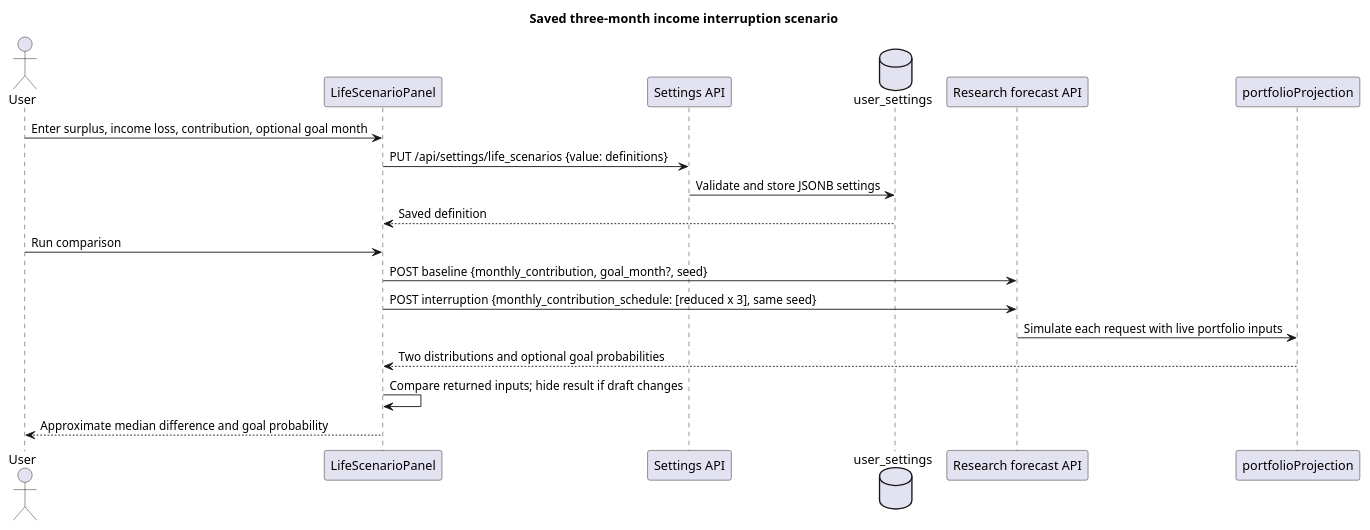
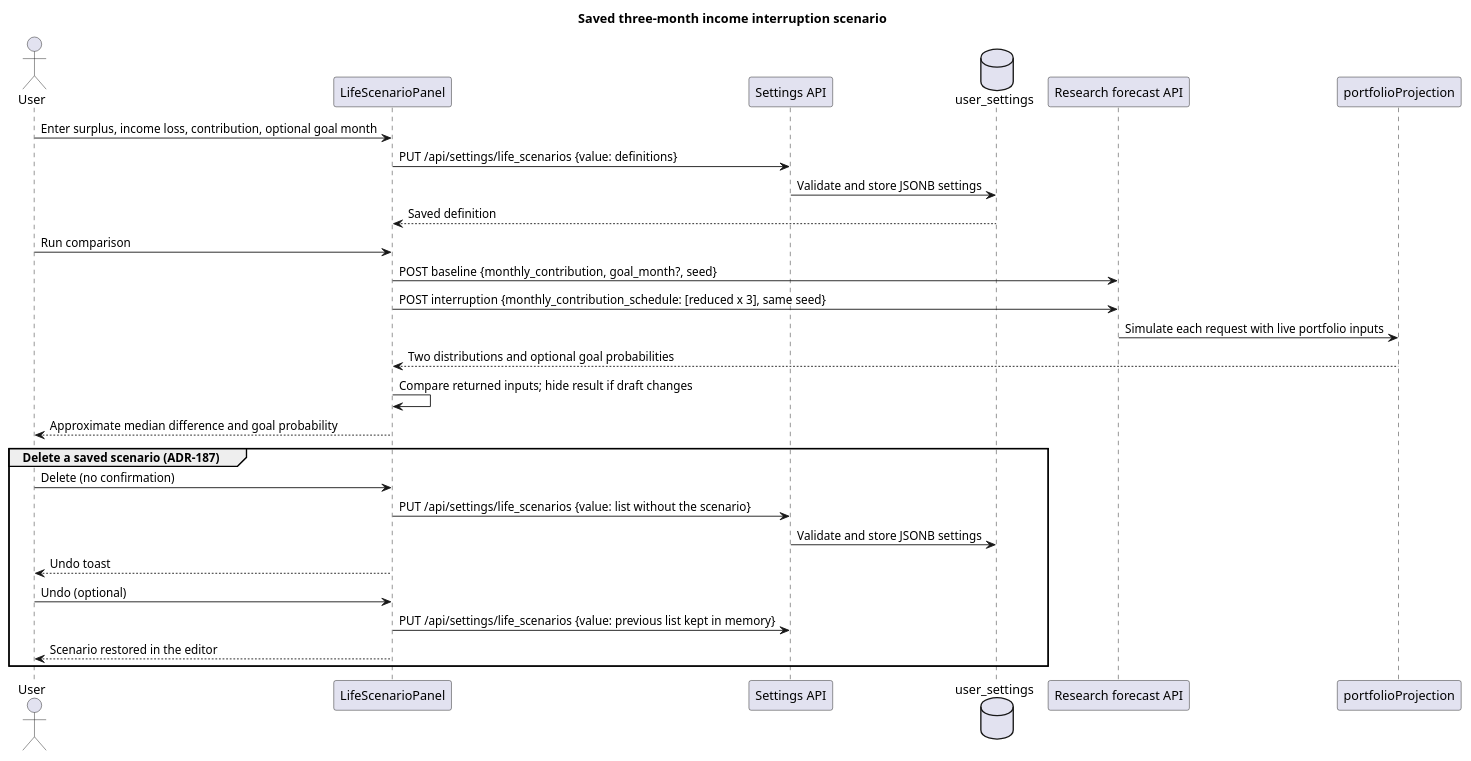
Before and after one commit to EraPartner/Vision: the diagram in docs/diagrams/life-scenario-flow.puml, drawn with PlantUML. The commit also changed 312 other files, not shown here.

```diff
--- a/docs/diagrams/life-scenario-flow.puml
+++ b/docs/diagrams/life-scenario-flow.puml
@@ -1,21 +1,31 @@
 @startuml Life Scenario Flow
 title Saved three-month income interruption scenario
 actor User
 participant "LifeScenarioPanel" as Panel
 participant "Settings API" as Settings
 database "user_settings" as DB
 participant "Research forecast API" as Forecast
 participant "portfolioProjection" as Projection
 
 User -> Panel: Enter surplus, income loss, contribution, optional goal month
 Panel -> Settings: PUT /api/settings/life_scenarios {value: definitions}
 Settings -> DB: Validate and store JSONB settings
 DB --> Panel: Saved definition
 User -> Panel: Run comparison
 Panel -> Forecast: POST baseline {monthly_contribution, goal_month?, seed}
 Panel -> Forecast: POST interruption {monthly_contribution_schedule: [reduced x 3], same seed}
 Forecast -> Projection: Simulate each request with live portfolio inputs
 Projection --> Panel: Two distributions and optional goal probabilities
 Panel -> Panel: Compare returned inputs; hide result if draft changes
 Panel --> User: Approximate median difference and goal probability
+
+group Delete a saved scenario (ADR-187)
+  User -> Panel: Delete (no confirmation)
+  Panel -> Settings: PUT /api/settings/life_scenarios {value: list without the scenario}
+  Settings -> DB: Validate and store JSONB settings
+  Panel --> User: Undo toast
+  User -> Panel: Undo (optional)
+  Panel -> Settings: PUT /api/settings/life_scenarios {value: previous list kept in memory}
+  Panel --> User: Scenario restored in the editor
+end
 @enduml
```
